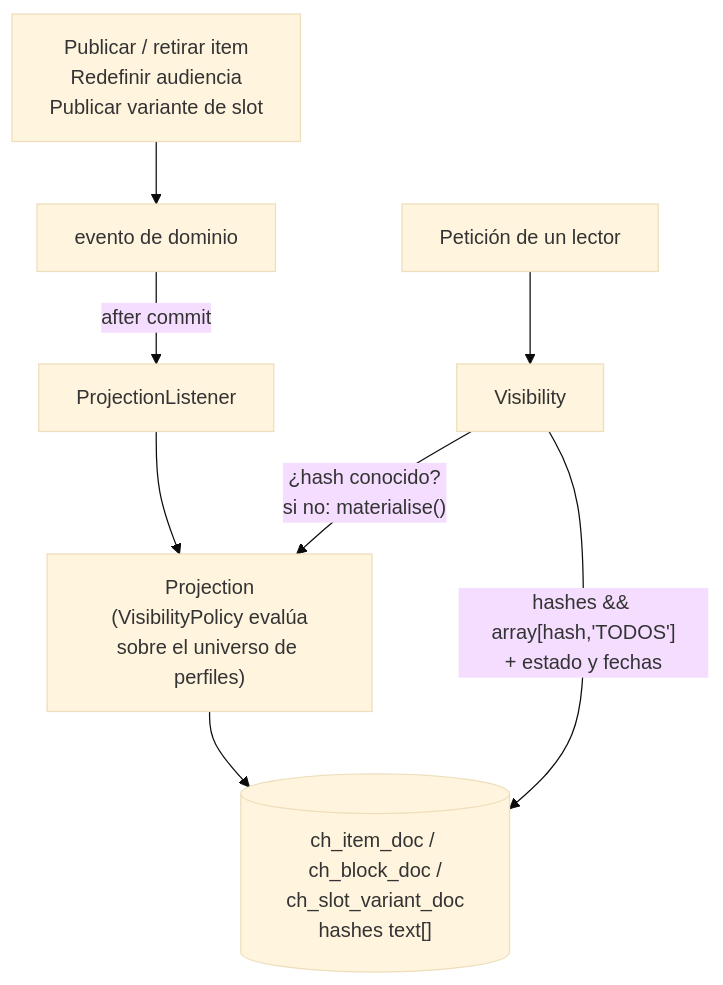
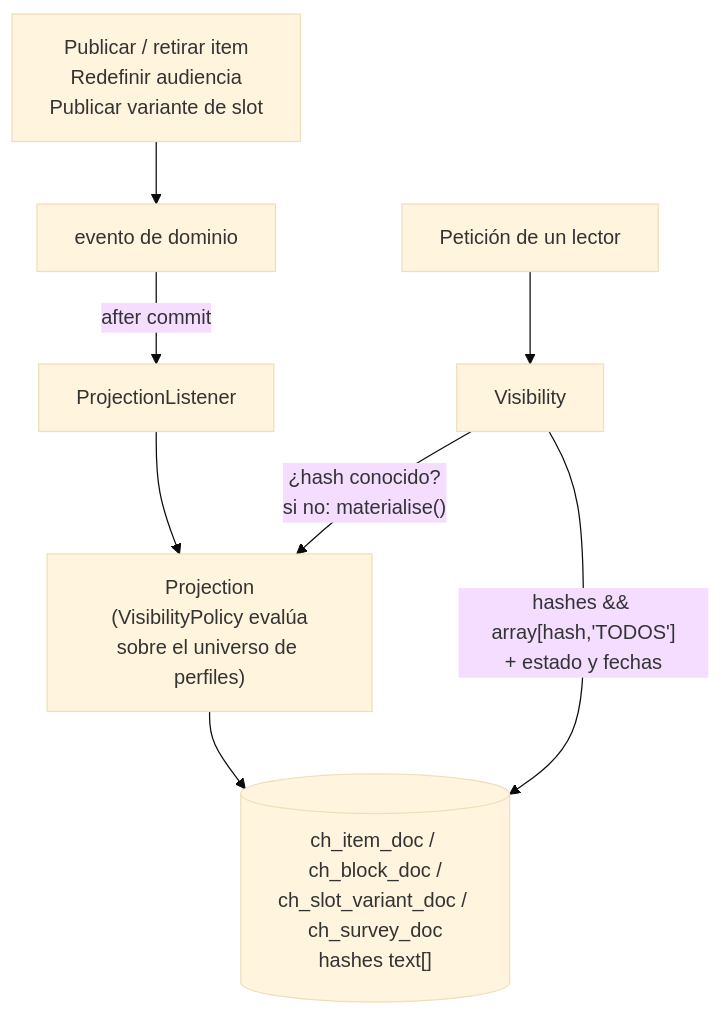
Before and after one commit to miguelperezcolom/ec-demo1: the second of 3 diagrams in doc/src/content/docs/intranet/arquitectura.md, drawn with Mermaid (base theme). The commit also changed other lines of this file and 56 other files, not shown here.

````diff
--- a/doc/src/content/docs/intranet/arquitectura.md
+++ b/doc/src/content/docs/intranet/arquitectura.md
@@ -73,10 +73,10 @@
 ```mermaid
 flowchart TB
   P["Publicar / retirar item<br/>Redefinir audiencia<br/>Publicar variante de slot"] --> E["evento de dominio"]
   E -- after commit --> L["ProjectionListener"]
   L --> PR["Projection<br/>(VisibilityPolicy evalúa<br/>sobre el universo de perfiles)"]
-  PR --> T[("ch_item_doc / ch_block_doc /<br/>ch_slot_variant_doc<br/>hashes text[]")]
+  PR --> T[("ch_item_doc / ch_block_doc /<br/>ch_slot_variant_doc / ch_survey_doc<br/>hashes text[]")]
   R["Petición de un lector"] --> V["Visibility"]
   V -- "¿hash conocido?<br/>si no: materialise()" --> PR
   V -- "hashes && array[hash,'TODOS']<br/>+ estado y fechas" --> T
 ```
````
